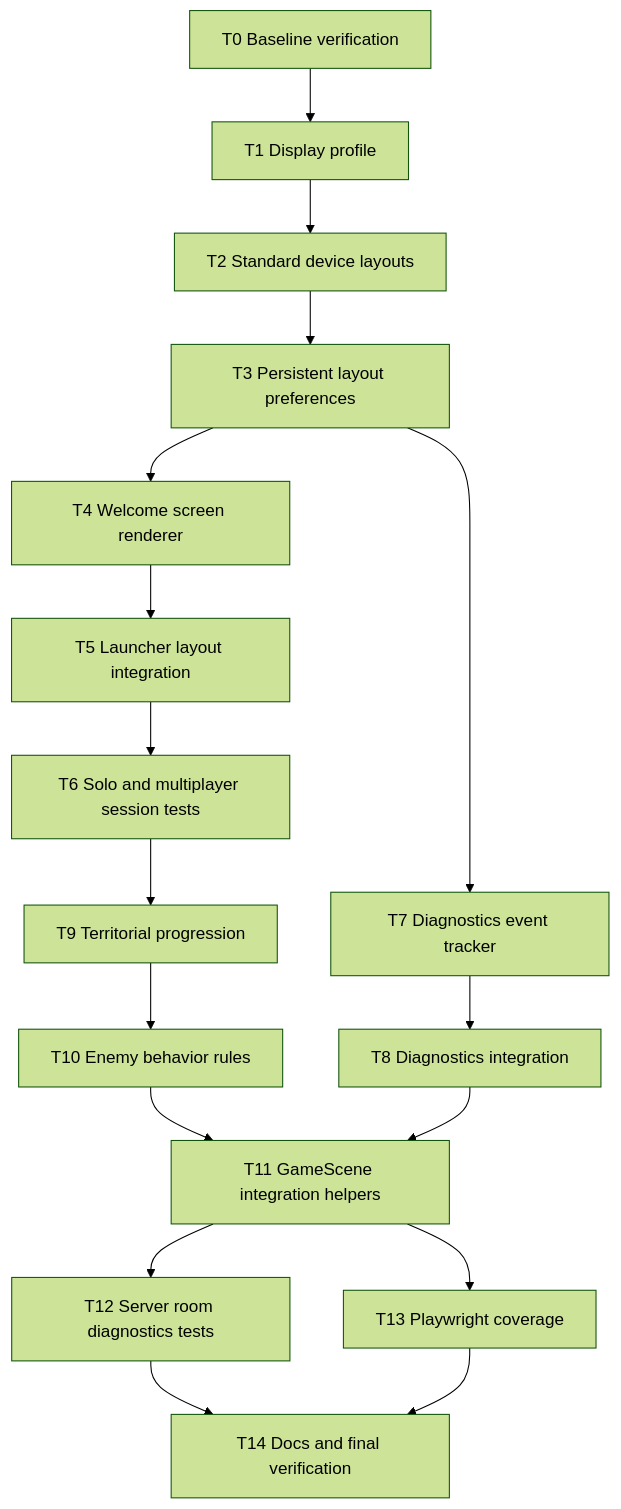
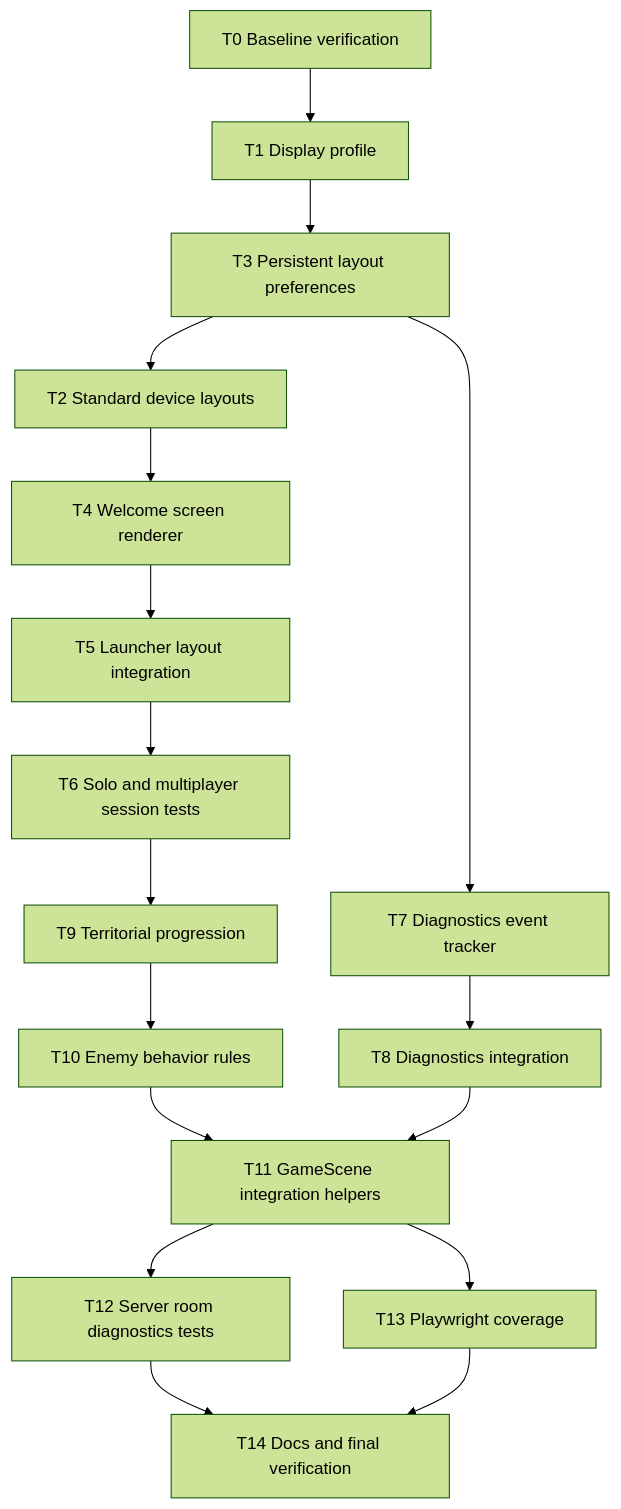
Before and after one commit to TeacherEvan/Dignity2D: the diagram in .github/superpower/plan/2026-05-02-device-layout-diagnostics-progression-plan.md, drawn with Mermaid (forest theme). The commit also changed other lines of this file and 29 other files, not shown here.

First line of the commit message:
feat: implement device layout management and preferences

````diff
--- a/.github/superpower/plan/2026-05-02-device-layout-diagnostics-progression-plan.md
+++ b/.github/superpower/plan/2026-05-02-device-layout-diagnostics-progression-plan.md
@@ -36,19 +36,19 @@
 ```mermaid
 graph TD
   T0[T0 Baseline verification] --> T1[T1 Display profile]
-  T1 --> T2[T2 Standard device layouts]
-  T2 --> T3[T3 Persistent layout preferences]
-  T3 --> T4[T4 Welcome screen renderer]
+  T1 --> T3[T3 Persistent layout preferences]
+  T3 --> T2[T2 Standard device layouts]
+  T2 --> T4[T4 Welcome screen renderer]
   T4 --> T5[T5 Launcher layout integration]
   T5 --> T6[T6 Solo and multiplayer session tests]
   T3 --> T7[T7 Diagnostics event tracker]
   T7 --> T8[T8 Diagnostics integration]
   T6 --> T9[T9 Territorial progression]
   T9 --> T10[T10 Enemy behavior rules]
   T10 --> T11[T11 GameScene integration helpers]
   T8 --> T11
   T11 --> T12[T12 Server room diagnostics tests]
   T11 --> T13[T13 Playwright coverage]
   T12 --> T14[T14 Docs and final verification]
   T13 --> T14
 ```
````
